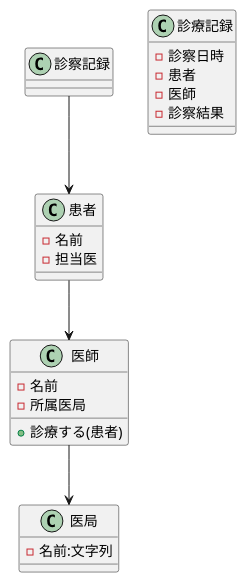
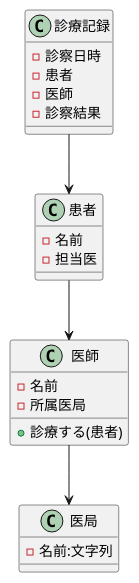
The diagram in 演習3-2_CL_医師と患者と医局と診療記録.pu (Mujinazawa/uml), drawn with PlantUML before and after one commit.

Commit message:
演習3-2追記

```diff
--- a/演習3-2_CL_医師と患者と医局と診療記録.pu
+++ b/演習3-2_CL_医師と患者と医局と診療記録.pu
@@ -1,24 +1,24 @@
 @startuml 演習3-2_CL_医師と患者と医局と診療記録.pu
 class 医師{
     -名前
     -所属医局
     +診療する(患者)
 }
 class 患者{
     -名前
     -担当医
 }
 class 診療記録{
     -診察日時
     -患者
     -医師
     -診察結果
 }
 class 医局{
     -名前:文字列
 }
 医師--> 医局
 患者--> 医師
-診察記録--> 患者
+診療記録--> 患者
 
 @enduml
```
